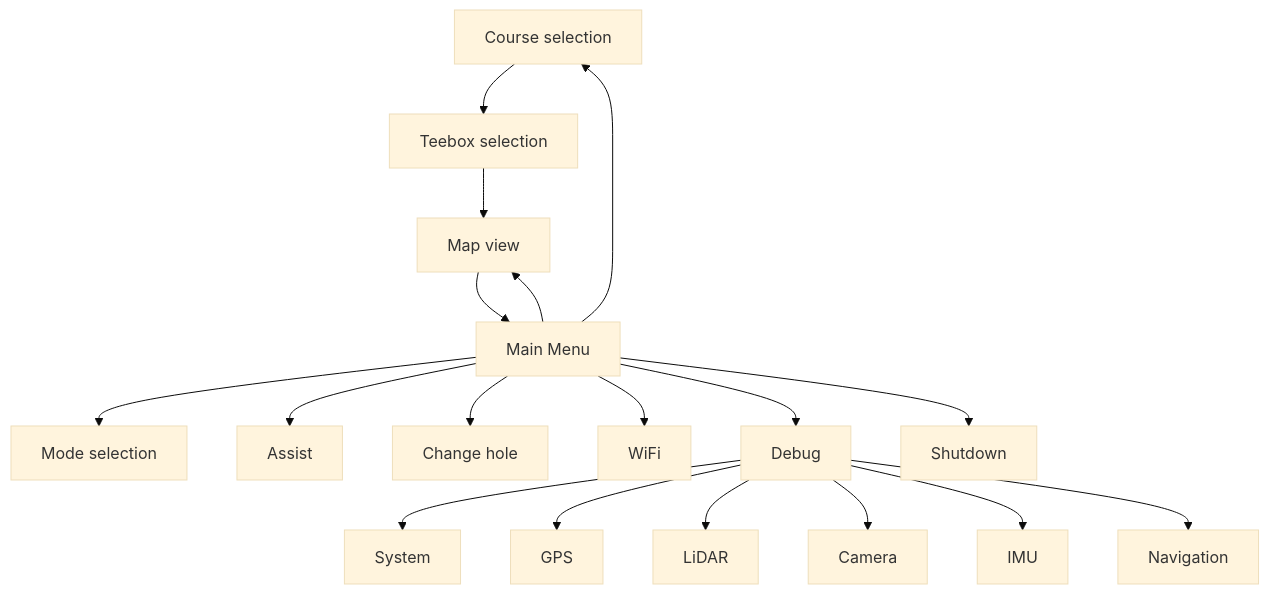
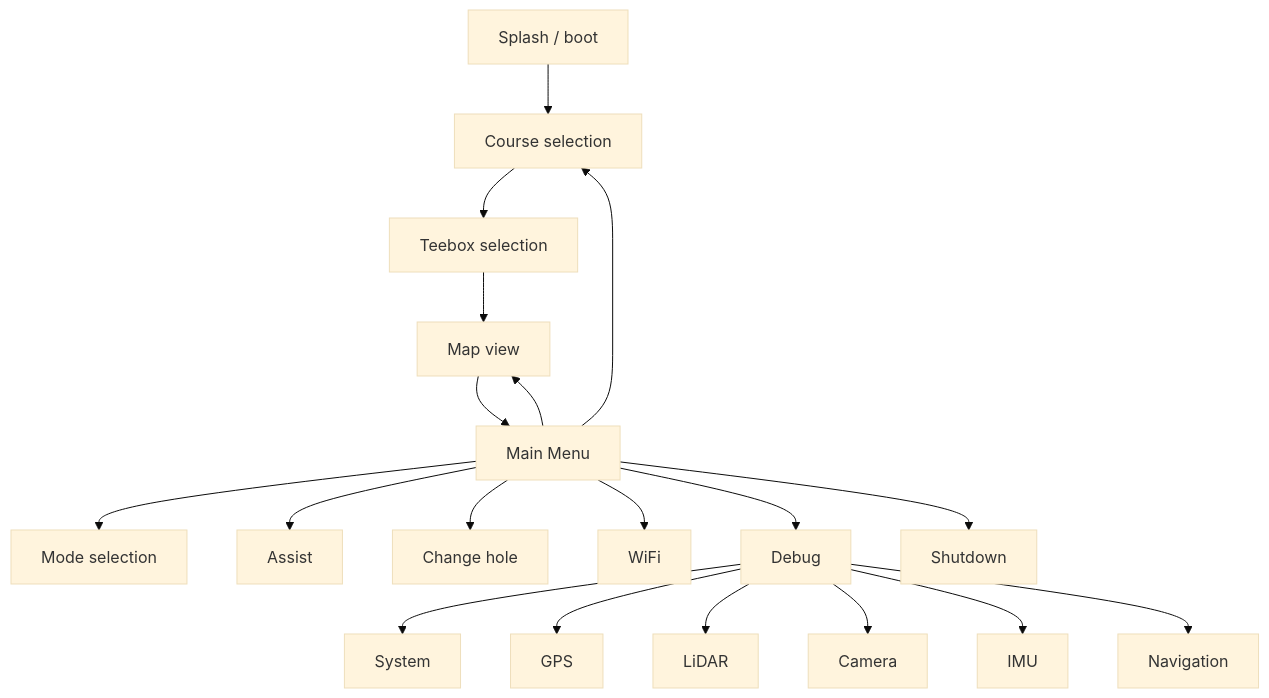
One commit to schmidt-daniel/golfcart-ai changed the diagram in docs/hmi-spec.md. Above: the diagram before and after it, drawn with Mermaid (base theme). The commit also changed other lines of this file and 8 other files, not shown here.

````diff
--- a/docs/hmi-spec.md
+++ b/docs/hmi-spec.md
@@ -132,20 +132,21 @@
 ```mermaid
 flowchart TD
+    SPLASH[Splash / boot] --> COURSE[Course selection]
     COURSE[Course selection] --> TEE[Teebox selection]
     TEE --> MAP[Map view]
     MAP --> MENU[Main Menu]
     MENU --> MAP
     MENU --> MODE[Mode selection]
     MENU --> ASSIST[Assist]
     MENU --> HOLE[Change hole]
     MENU --> COURSE
     MENU --> WIFI[WiFi]
     MENU --> DEBUG[Debug]
     MENU --> SHUTDOWN[Shutdown]
     DEBUG --> SYS[System]
     DEBUG --> GPS[GPS]
     DEBUG --> LIDAR[LiDAR]
     DEBUG --> CAM[Camera]
     DEBUG --> IMU[IMU]
     DEBUG --> NAV[Navigation]
 ```
````
